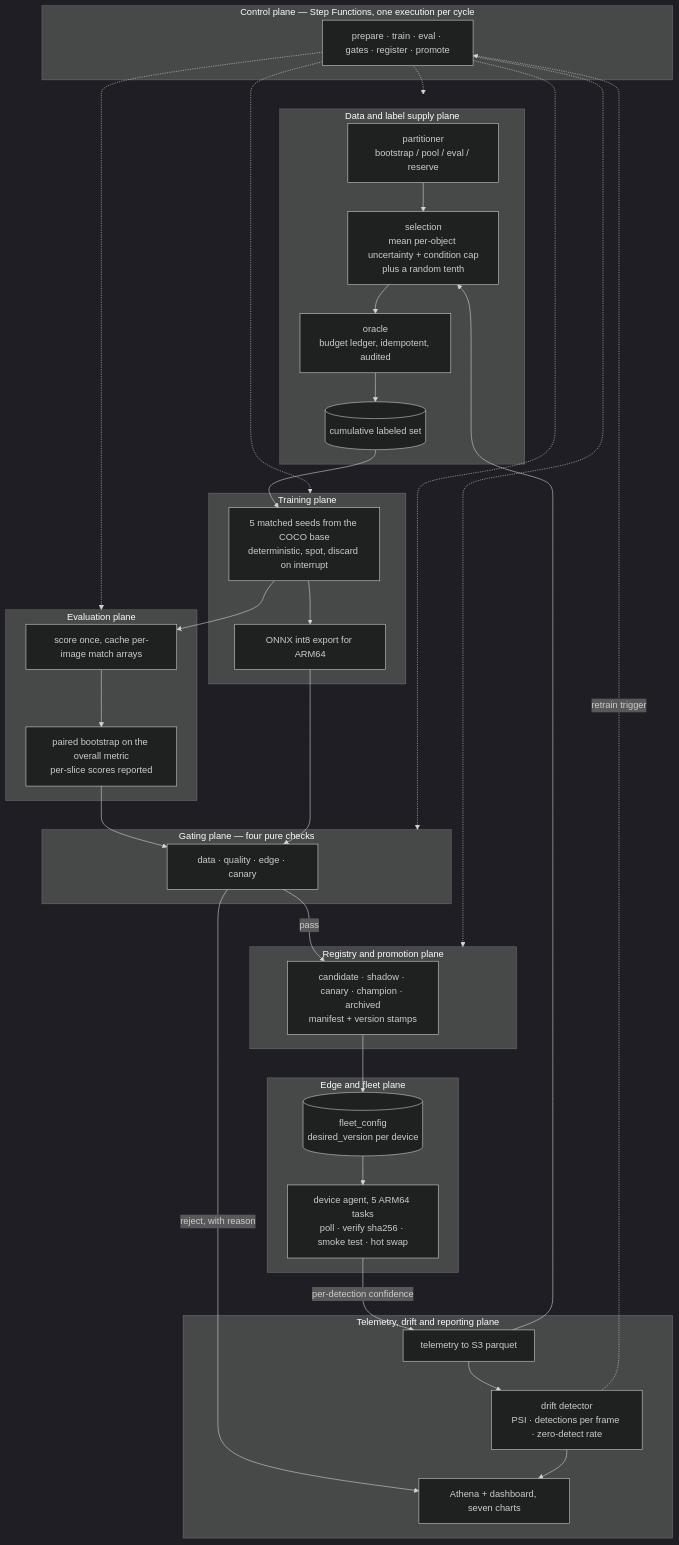
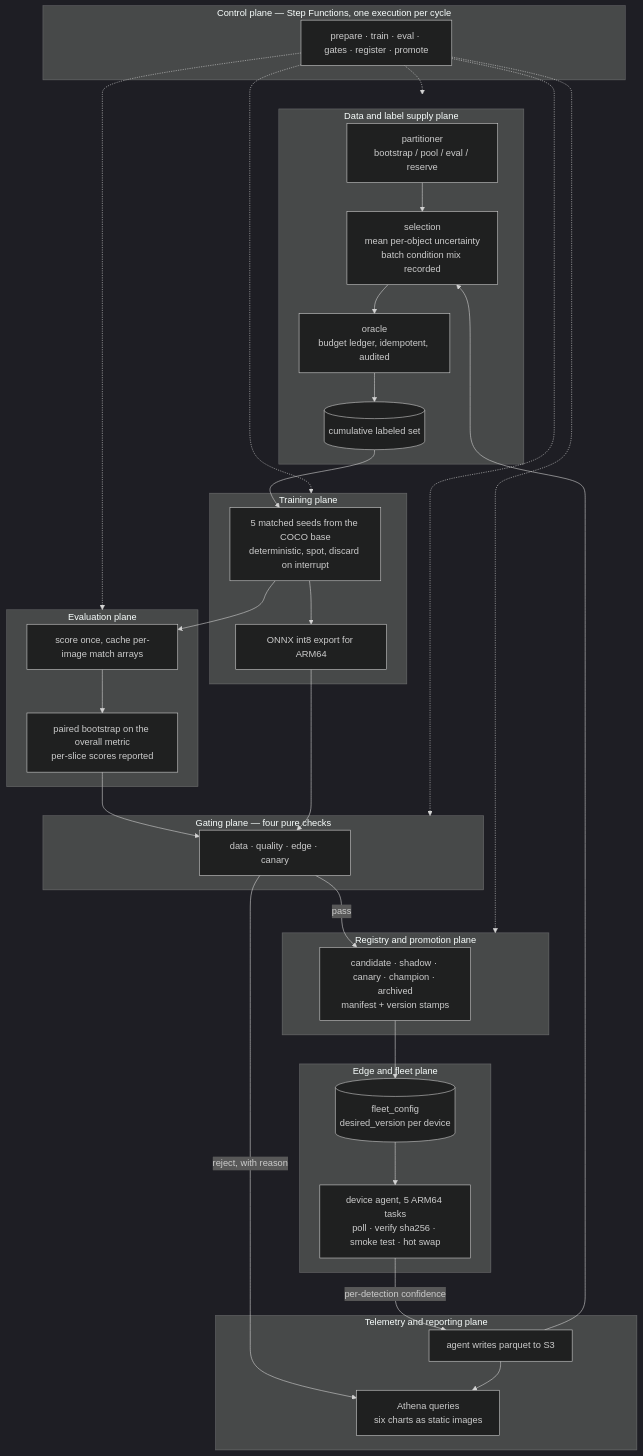
Before and after one commit to arnavnair220/edge-ml-flywheel: the diagram in docs/00-overview.md, drawn with Mermaid (dark theme). The commit also changed other lines of this file and 1 other file, not shown here.

````diff
--- a/docs/00-overview.md
+++ b/docs/00-overview.md
@@ -84,67 +84,64 @@
 ```mermaid
 flowchart TB
     subgraph CTRL["Control plane — Step Functions, one execution per cycle"]
         SFN["prepare · train · eval · gates · register · promote"]
     end
 
     subgraph DATA["Data and label supply plane"]
         PART["partitioner<br/>bootstrap / pool / eval / reserve"]
-        SEL["selection<br/>mean per-object uncertainty + condition cap<br/>plus a random tenth"]
+        SEL["selection<br/>mean per-object uncertainty<br/>batch condition mix recorded"]
         ORACLE["oracle<br/>budget ledger, idempotent, audited"]
         POOL[("cumulative labeled set")]
     end
 
     subgraph TRAIN["Training plane"]
         SEEDS["5 matched seeds from the COCO base<br/>deterministic, spot, discard on interrupt"]
         EXPORT["ONNX int8 export for ARM64"]
     end
 
     subgraph EVAL["Evaluation plane"]
         SCORE["score once, cache per-image match arrays"]
         BOOT["paired bootstrap on the overall metric<br/>per-slice scores reported"]
     end
 
     subgraph GATE["Gating plane — four pure checks"]
         G["data · quality · edge · canary"]
     end
 
     subgraph REG["Registry and promotion plane"]
         SM["candidate · shadow · canary · champion · archived<br/>manifest + version stamps"]
     end
 
     subgraph EDGE["Edge and fleet plane"]
         CFG[("fleet_config<br/>desired_version per device")]
         AGENT["device agent, 5 ARM64 tasks<br/>poll · verify sha256 · smoke test · hot swap"]
     end
 
-    subgraph OBS["Telemetry, drift and reporting plane"]
-        TEL["telemetry to S3 parquet"]
-        DRIFT["drift detector<br/>PSI · detections per frame · zero-detect rate"]
-        DASH["Athena + dashboard, seven charts"]
+    subgraph OBS["Telemetry and reporting plane"]
+        TEL["agent writes parquet to S3"]
+        DASH["Athena queries<br/>six charts as static images"]
     end
 
     PART --> SEL
     SEL --> ORACLE
     ORACLE --> POOL
     POOL --> SEEDS
     SEEDS --> SCORE
     SCORE --> BOOT
     BOOT --> G
     SEEDS --> EXPORT
     EXPORT --> G
     G -->|pass| SM
     G -->|"reject, with reason"| DASH
     SM --> CFG
     CFG --> AGENT
     AGENT -->|"per-detection confidence"| TEL
     TEL --> SEL
-    TEL --> DRIFT
-    DRIFT --> DASH
-    DRIFT -.->|"retrain trigger"| SFN
+    TEL --> DASH
 
     SFN -.-> DATA
     SFN -.-> TRAIN
     SFN -.-> EVAL
     SFN -.-> GATE
     SFN -.-> REG
 ```
````
